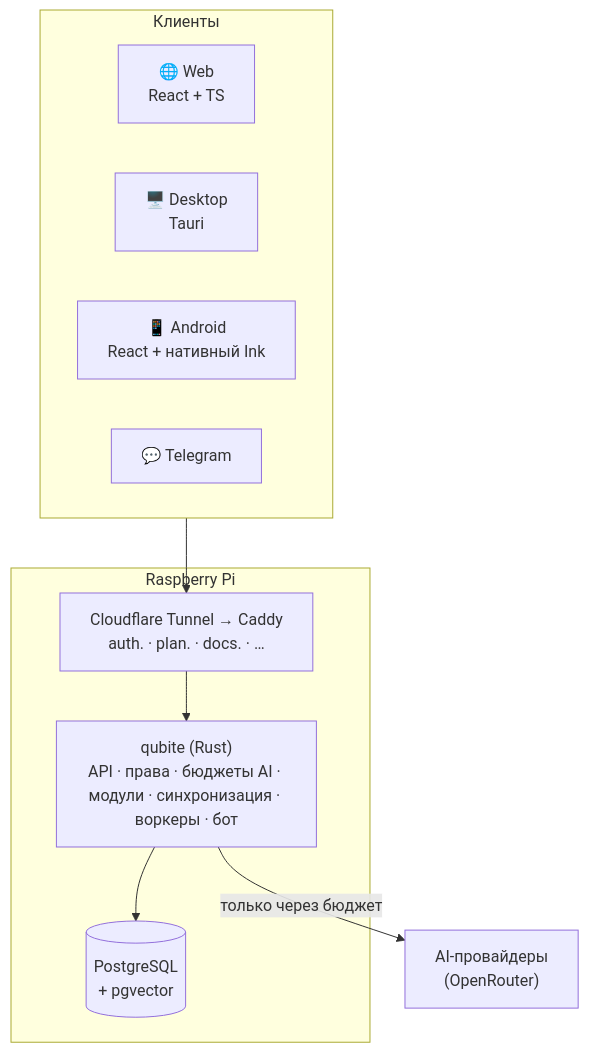
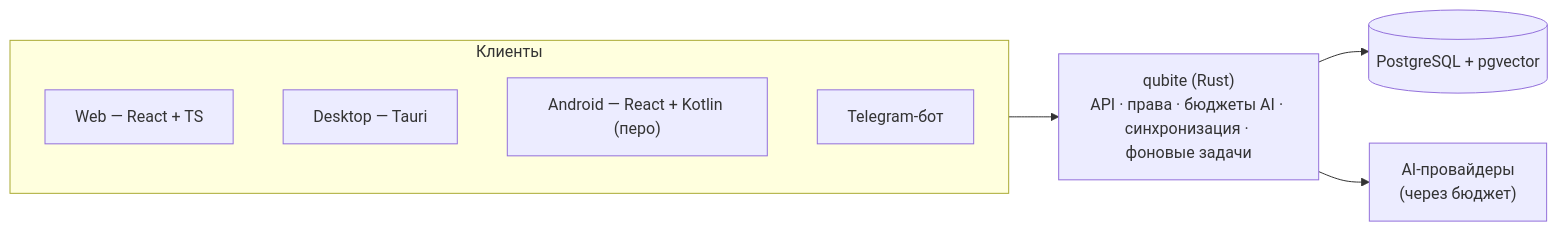
Before and after one commit to kirillkuz1122/qubite: the diagram in README.md, drawn with Mermaid. The commit also changed other lines of this file and 5 other files, not shown here.

````diff
--- a/README.md
+++ b/README.md
@@ -110,17 +44,14 @@
 ```mermaid
-flowchart TB
+flowchart LR
     subgraph Clients["Клиенты"]
-        WEB["🌐 Web<br/>React + TS"]
-        DESK["🖥️ Desktop<br/>Tauri"]
-        AND["📱 Android<br/>React + нативный Ink"]
-        TG["💬 Telegram"]
+        WEB["Web — React + TS"]
+        DESK["Desktop — Tauri"]
+        AND["Android — React + Kotlin (перо)"]
+        TG["Telegram-бот"]
     end
-    subgraph Pi["Raspberry Pi"]
-        EDGE["Cloudflare Tunnel → Caddy<br/>auth. · plan. · docs. · …"]
-        SRV["qubite (Rust)<br/>API · права · бюджеты AI · модули · синхронизация · воркеры · бот"]
-        DB[("PostgreSQL<br/>+ pgvector")]
-    end
-    AI["AI-провайдеры<br/>(OpenRouter)"]
-    Clients --> EDGE --> SRV --> DB
-    SRV -- "только через бюджет" --> AI
+    SRV["qubite (Rust)<br/>API · права · бюджеты AI · синхронизация · фоновые задачи"]
+    DB[("PostgreSQL + pgvector")]
+    AI["AI-провайдеры<br/>(через бюджет)"]
+    Clients --> SRV --> DB
+    SRV --> AI
 ```
````
